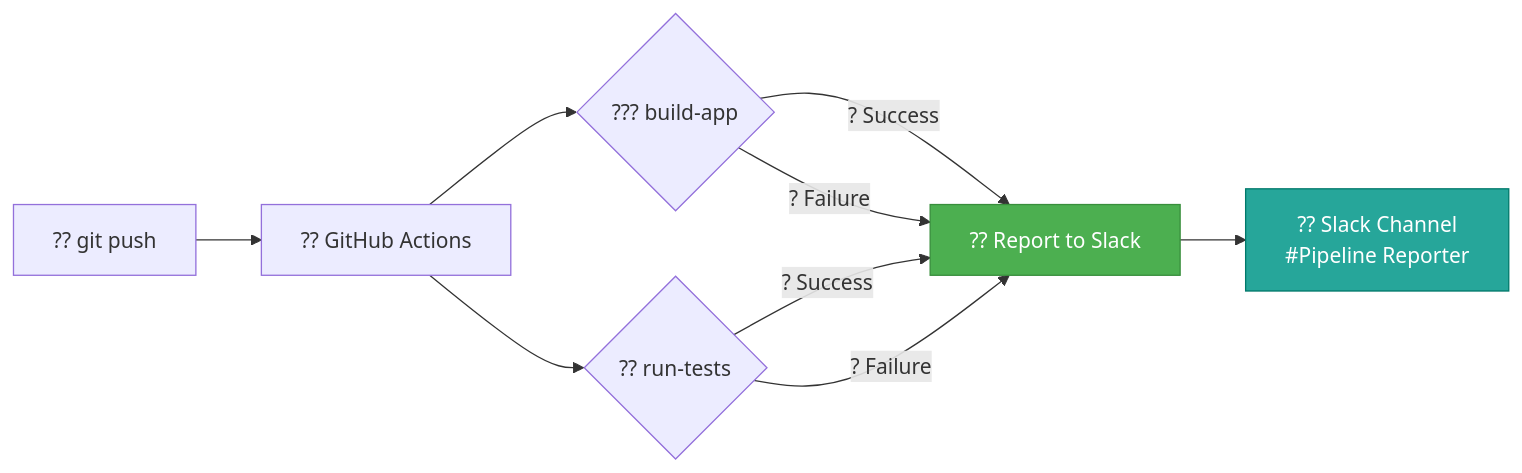
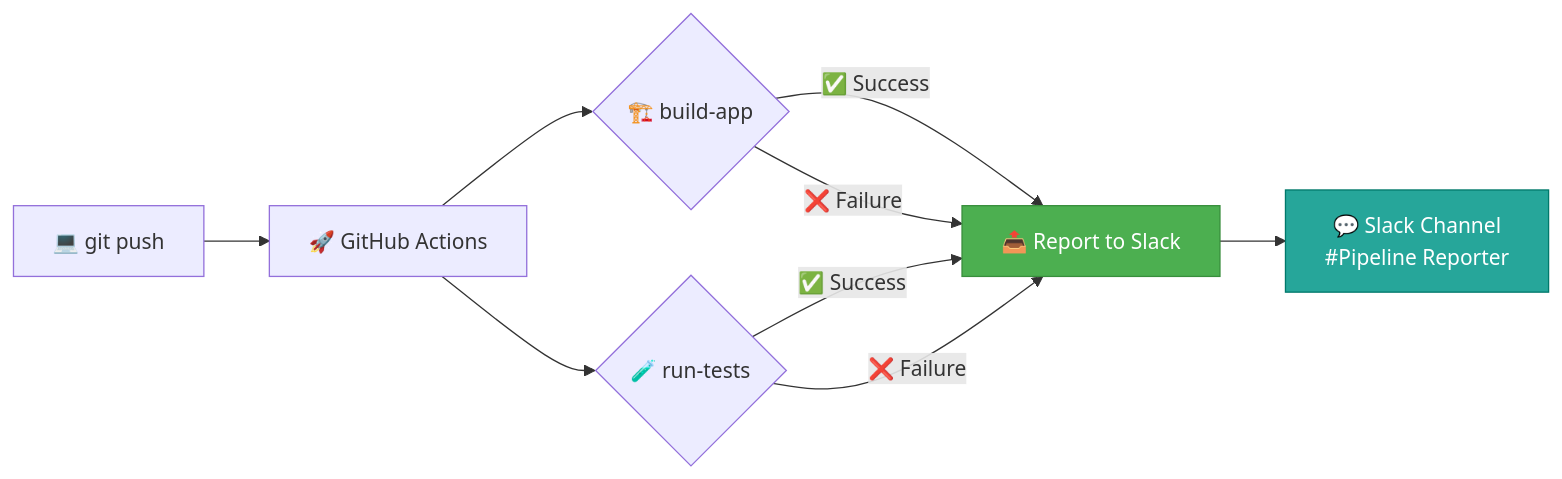
The diagram in project-03_slack-pipeline-reporter/README.md (ThinkWithOps/thinkwithops-ai-cicd-projects), drawn with Mermaid before and after one commit. The commit also changed other lines of this file, not shown here.

Commit message:
feat(slack): update README with new project details and installation instructions

````diff
--- a/project-03_slack-pipeline-reporter/README.md
+++ b/project-03_slack-pipeline-reporter/README.md
@@ -17,13 +17,13 @@
 ```mermaid
 flowchart LR
-    A[?? git push] --> B[?? GitHub Actions]
-    B --> C{??? build-app}
-    C -->|? Success| D[?? Report to Slack]
-    C -->|? Failure| D
-    B --> E{?? run-tests}
-    E -->|? Success| D
-    E -->|? Failure| D
-    D --> F[?? Slack Channel\n#Pipeline Reporter]
+    A[💻 git push] --> B[🚀 GitHub Actions]
+    B --> C{🏗️ build-app}
+    C -->|✅ Success| D[📤 Report to Slack]
+    C -->|❌ Failure| D
+    B --> E{🧪 run-tests}
+    E -->|✅ Success| D
+    E -->|❌ Failure| D
+    D --> F[💬 Slack Channel\n#Pipeline Reporter]
     style D fill:#4CAF50,stroke:#388E3C,color:white
     style F fill:#26A69A,stroke:#00796B,color:white
 ```
````
